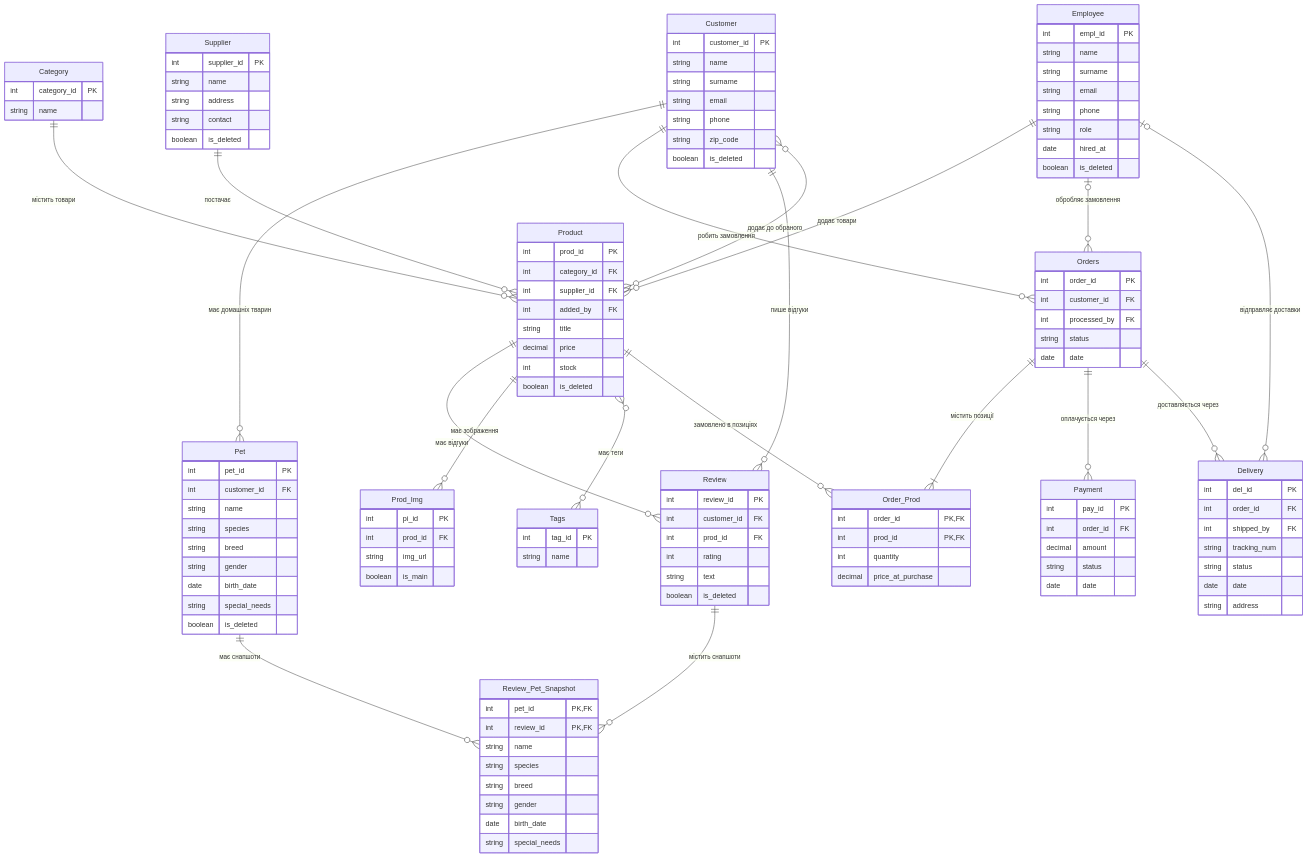
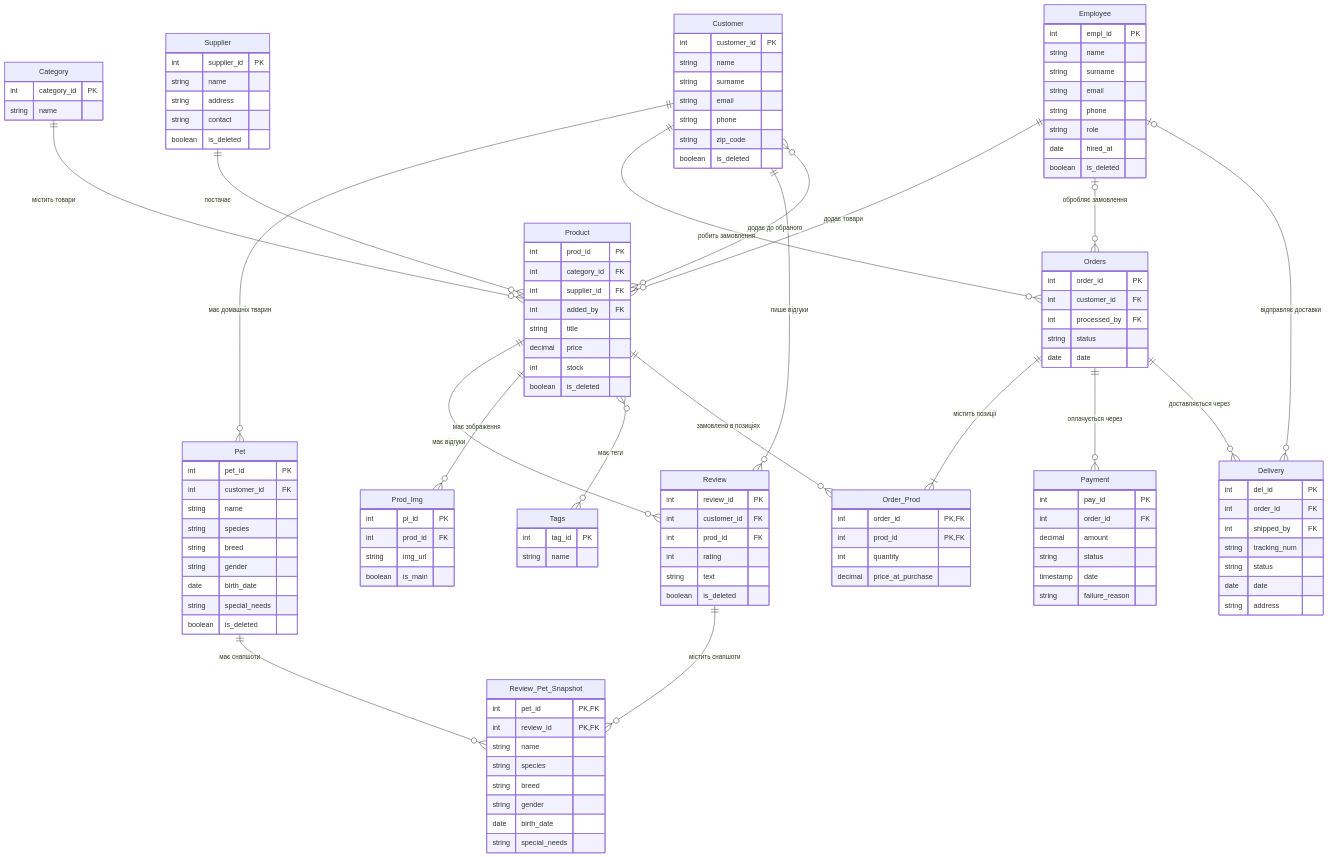
The diagram in Lab1/petshop.mmd (hutnichs/KPI_MAVPZ), drawn with Mermaid before and after one commit. The commit also changed 2 other files, not shown here.

```diff
--- a/Lab1/petshop.mmd
+++ b/Lab1/petshop.mmd
@@ -1,128 +1,129 @@
 erDiagram
     Customer {
         int customer_id PK
         string name
         string surname
         string email
         string phone
         string zip_code
         boolean is_deleted
     }
     Pet {
         int pet_id PK
         int customer_id FK
         string name
         string species
         string breed
         string gender
         date birth_date
         string special_needs
         boolean is_deleted
     }
     Product {
         int prod_id PK
         int category_id FK
         int supplier_id FK
         int added_by FK
         string title
         decimal price
         int stock
         boolean is_deleted
     }
     Prod_Img {
         int pi_id PK
         int prod_id FK
         string img_url
         boolean is_main
     }
     Category {
         int category_id PK
         string name
     }
     Supplier {
         int supplier_id PK
         string name
         string address
         string contact
         boolean is_deleted
     }
     Tags {
         int tag_id PK
         string name
     }
     Orders {
         int order_id PK
         int customer_id FK
         int processed_by FK
         string status
         date date
     }
     Order_Prod {
         int order_id PK, FK
         int prod_id PK, FK
         int quantity
         decimal price_at_purchase
     }
     Delivery {
         int del_id PK
         int order_id FK
         int shipped_by FK
         string tracking_num
         string status
         date date
         string address
     }
     Payment {
         int pay_id PK
         int order_id FK
         decimal amount
         string status
-        date date
-    }
+        timestamp date
+        string failure_reason
+}
     Review {
         int review_id PK
         int customer_id FK
         int prod_id FK
         int rating
         string text
         boolean is_deleted
     }
     Review_Pet_Snapshot {
         int pet_id PK, FK
         int review_id PK, FK
         string name
         string species
         string breed
         string gender
         date birth_date
         string special_needs
     }
     Employee {
         int empl_id PK
         string name
         string surname
         string email
         string phone
         string role
         date hired_at
         boolean is_deleted
     }
 
     Customer ||--o{ Pet : "має домашніх тварин"
     Customer ||--o{ Orders : "робить замовлення"
     Customer ||--o{ Review : "пише відгуки"
     Customer }o--o{ Product : "додає до обраного"
     Pet ||--o{ Review_Pet_Snapshot : "має снапшоти"
     Review ||--o{ Review_Pet_Snapshot : "містить снапшоти"
     Product ||--o{ Review : "має відгуки"
     Category ||--o{ Product : "містить товари"
     Supplier ||--o{ Product : "постачає"
     Product ||--o{ Prod_Img : "має зображення"
     Product }o--o{ Tags : "має теги"
     Orders ||--|{ Order_Prod : "містить позиції"
     Product ||--o{ Order_Prod : "замовлено в позиціях"
     Orders ||--o{ Payment : "оплачується через"
     Orders ||--o{ Delivery : "доставляється через"
     Employee ||--o{ Product : "додає товари"
     Employee |o--o{ Orders : "обробляє замовлення"
     Employee |o--o{ Delivery : "відправляє доставки"
```
